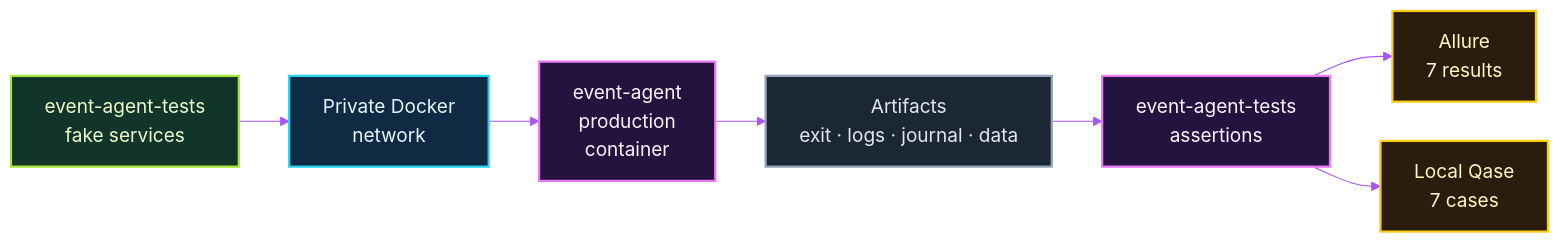
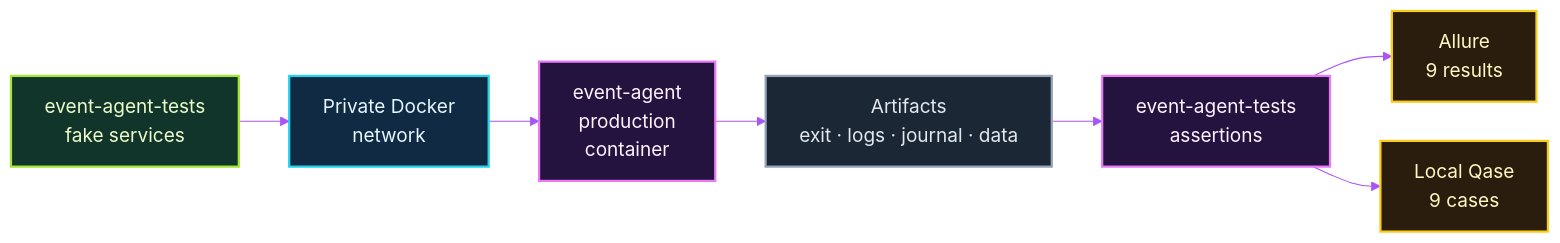
Before and after one commit to michalmarczuk/event-agent: the second of 3 diagrams in docs/TESTING.md, drawn with Mermaid. The commit also changed other lines of this file and 12 other files, not shown here.

````diff
--- a/docs/TESTING.md
+++ b/docs/TESTING.md
@@ -77,21 +77,21 @@
 ```mermaid
 %%{init: {'theme': 'base', 'themeVariables': {'background': '#07111f', 'primaryColor': '#102a43', 'primaryTextColor': '#e6f7ff', 'primaryBorderColor': '#22d3ee', 'secondaryColor': '#25133f', 'tertiaryColor': '#12352b', 'lineColor': '#a855f7', 'fontFamily': 'ui-sans-serif, system-ui', 'fontSize': '17px'}, 'flowchart': {'nodeSpacing': 35, 'rankSpacing': 45}}}%%
 flowchart LR
     fake["event-agent-tests<br/>fake services"] --> network["Private Docker<br/>network"]
     network --> sut["event-agent<br/>production<br/>container"]
     sut --> artifacts["Artifacts<br/>exit · logs · journal · data"]
     artifacts --> assertions["event-agent-tests<br/>assertions"]
-    assertions --> allure["Allure<br/>7 results"]
-    assertions --> qase["Local Qase<br/>7 cases"]
+    assertions --> allure["Allure<br/>9 results"]
+    assertions --> qase["Local Qase<br/>9 cases"]
 
     classDef lime fill:#12352b,stroke:#a3e635,color:#ecfccb,stroke-width:2px;
     classDef boundary fill:#102a43,stroke:#22d3ee,color:#e6f7ff,stroke-width:2px;
     classDef violet fill:#25133f,stroke:#e879f9,color:#fdf4ff,stroke-width:2px;
     classDef artifact fill:#1b2735,stroke:#94a3b8,color:#e2e8f0,stroke-width:2px;
     classDef report fill:#2b1d0e,stroke:#facc15,color:#fef9c3,stroke-width:2px;
     class fake lime;
     class network boundary;
     class sut,assertions violet;
     class artifacts artifact;
     class allure,qase report;
 ```
````
